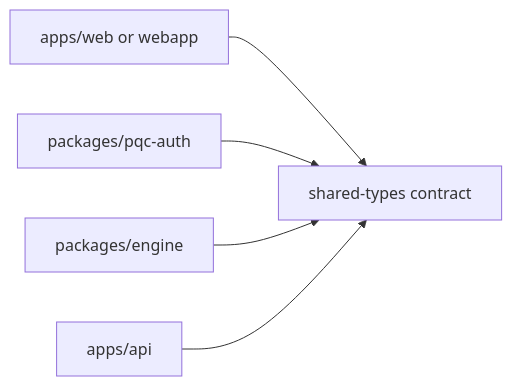
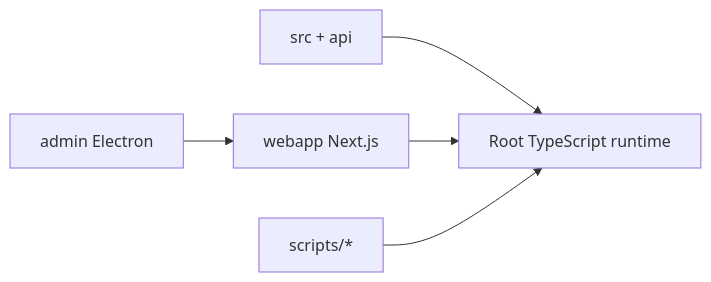
Before and after one commit to SMSDAO/TradeOS: the diagram in README.md, drawn with Mermaid. The commit also changed 9 other files, not shown here.

````diff
--- a/README.md
+++ b/README.md
@@ -36,7 +36,7 @@
 ```mermaid
 flowchart LR
-  web[apps/web or webapp] --> shared[shared-types contract]
-  pqc[packages/pqc-auth] --> shared
-  engine[packages/engine] --> shared
-  api[apps/api] --> shared
+  cli[src + api] --> core[Root TypeScript runtime]
+  web[webapp Next.js] --> core
+  admin[admin Electron] --> web
+  scripts[scripts/*] --> core
 ```
````
